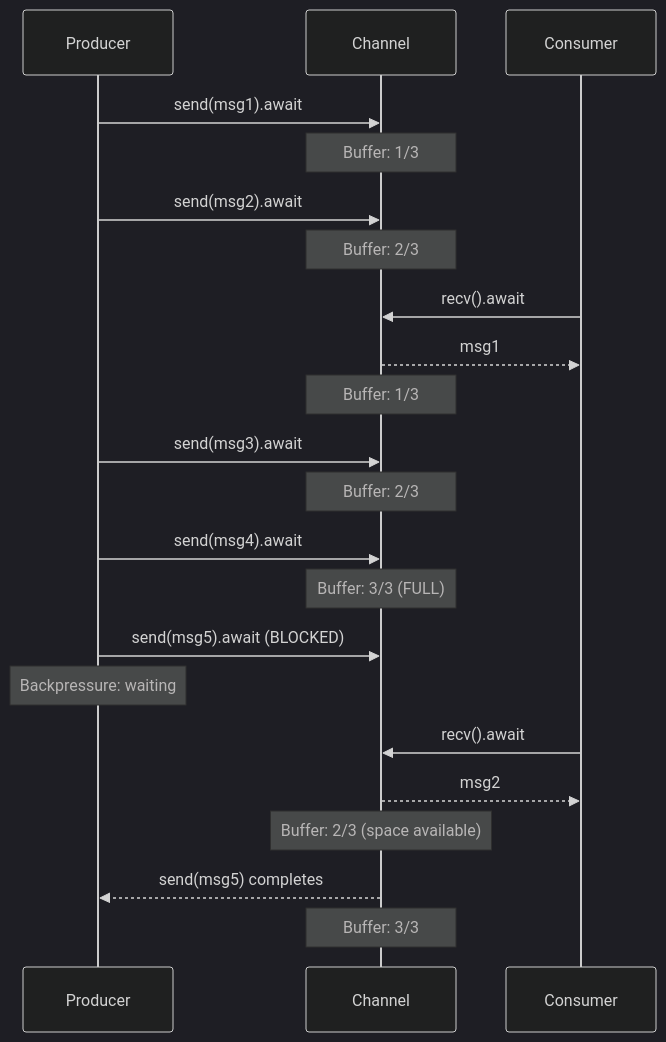
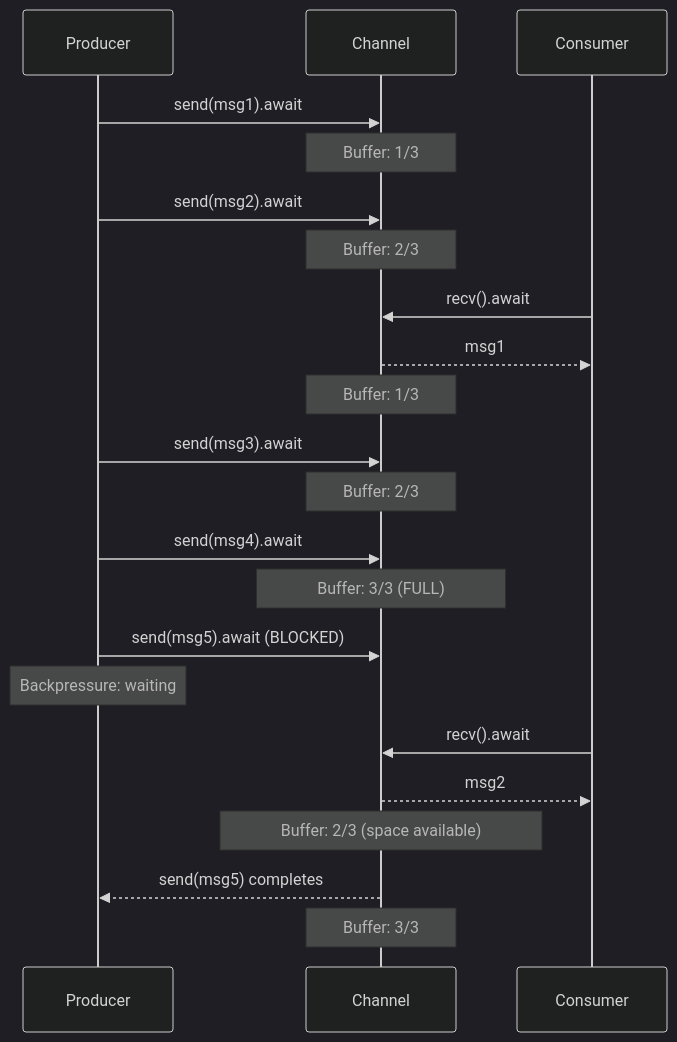
Before and after one commit to wahidyankf/open-sharia-enterprise: the eighth of 14 diagrams in apps/ayokoding-web/content/en/learn/software-engineering/programming-languages/rust/tutorials/by-example/advanced.md, drawn with Mermaid (dark theme). The commit also changed other lines of this file and 17 other files, not shown here.

First line of the commit message:
fix(ayokoding-web): fix all Mermaid diagram syntax errors across site

````diff
--- a/apps/ayokoding-web/content/en/learn/software-engineering/programming-languages/rust/tutorials/by-example/advanced.md
+++ b/apps/ayokoding-web/content/en/learn/software-engineering/programming-languages/rust/tutorials/by-example/advanced.md
@@ -1678,26 +1678,26 @@
 ```mermaid
 %% Async channel communication with backpressure
 sequenceDiagram
     participant Producer
     participant Channel
     participant Consumer
 
     Producer->>Channel: send(msg1).await
     Note over Channel: Buffer: 1/3
     Producer->>Channel: send(msg2).await
     Note over Channel: Buffer: 2/3
     Consumer->>Channel: recv().await
     Channel-->>Consumer: msg1
     Note over Channel: Buffer: 1/3
     Producer->>Channel: send(msg3).await
     Note over Channel: Buffer: 2/3
     Producer->>Channel: send(msg4).await
-    Note over Channel: Buffer: 3/3 (FULL)
+    Note over Channel: Buffer: 3/3 #40;FULL#41;
     Producer->>Channel: send(msg5).await (BLOCKED)
     Note over Producer: Backpressure: waiting
     Consumer->>Channel: recv().await
     Channel-->>Consumer: msg2
-    Note over Channel: Buffer: 2/3 (space available)
+    Note over Channel: Buffer: 2/3 #40;space available#41;
     Channel-->>Producer: send(msg5) completes
     Note over Channel: Buffer: 3/3
 ```
````
